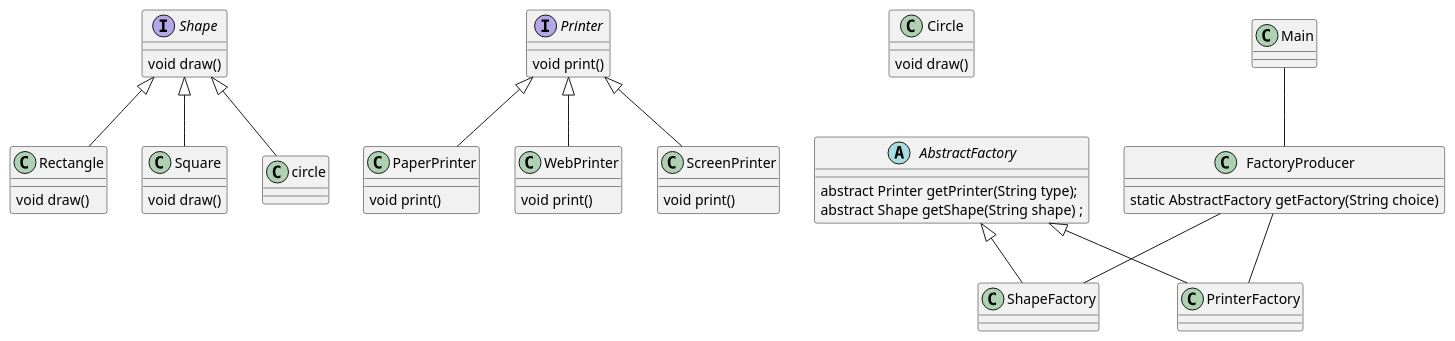
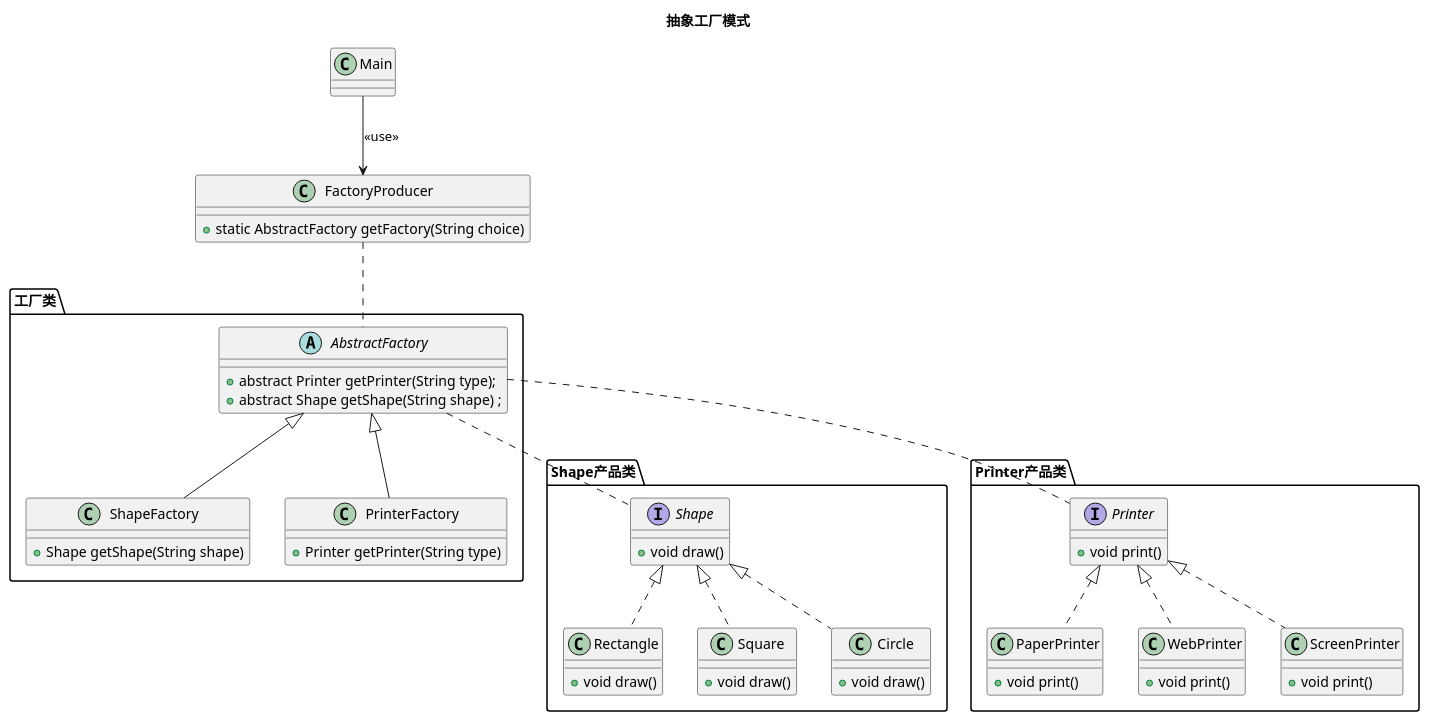
Before and after one commit to fuyajun1983cn/myplayground: the first of 5 diagrams in org/draft/设计模式.org, drawn with PlantUML. The commit also changed other lines of this file and 71 other files, not shown here.

```diff
--- a/org/draft/设计模式.org
+++ b/org/draft/设计模式.org
@@ -194,63 +194,77 @@
     #+BEGIN_SRC plantuml :exports both :file ./images/2016/2016081330.png :cmdline -charset UTF-8
       @startuml
+      title <b>抽象工厂模式</b>
+      package "Shape产品类" {
       interface Shape {
-       void draw()
-      }
-      interface Printer {
-       void print()
+      +void draw()
       }
 
       class Rectangle {
-      void draw()
+      +void draw()
       }
       class Square {
-      void draw()
+      +void draw()
       }
       class Circle {
-      void draw()
+      +void draw()
+      }
+      Shape <|.. Rectangle
+      Shape <|.. Square
+      Shape <|.. Circle
       }
 
-      Shape <|-- Rectangle
-      Shape <|-- Square
-      Shape <|-- circle
+      package "Printer产品类" {
+      interface Printer {
+      +void print()
+      }
 
       class PaperPrinter {
-      void print()
+      +void print()
       }
 
       class WebPrinter {
-      void print()
+      +void print()
       }
 
       class ScreenPrinter {
-      void print()
+      +void print()
+      }
+      Printer <|.. PaperPrinter
+      Printer <|.. WebPrinter
+      Printer <|.. ScreenPrinter
       }
 
-      Printer <|-- PaperPrinter
-      Printer <|-- WebPrinter
-      Printer <|-- ScreenPrinter
 
+
+      package "工厂类"  {
       abstract class AbstractFactory {
-         abstract Printer getPrinter(String type);
-         abstract Shape getShape(String shape) ;
+      +abstract Printer getPrinter(String type);
+      +abstract Shape getShape(String shape) ;
       }
-
-      class ShapeFactory
-      class PrinterFactory
+      class ShapeFactory {
+      +Shape getShape(String shape)
+      }
+      class PrinterFactory {
+      +Printer getPrinter(String type)
+      }
 
       AbstractFactory <|-- ShapeFactory
       AbstractFactory <|-- PrinterFactory
 
+      AbstractFactory .. Shape
+      AbstractFactory .. Printer
+
+      }
+
       class FactoryProducer {
-      static AbstractFactory getFactory(String choice)
+      +static AbstractFactory getFactory(String choice)
       }
 
       class Main
 
-      FactoryProducer -- ShapeFactory
-      FactoryProducer -- PrinterFactory
+      FactoryProducer .. AbstractFactory
 
-      Main -- FactoryProducer
+      Main  -->  FactoryProducer: <<use>>
 
       @enduml
     #+END_SRC
```
